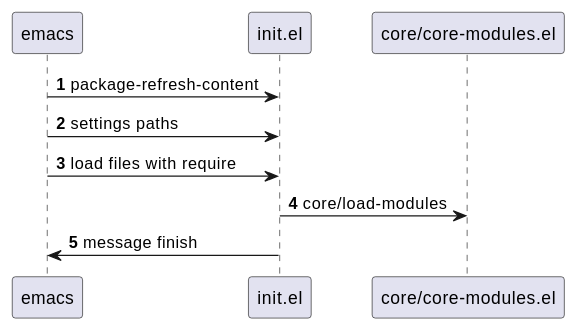
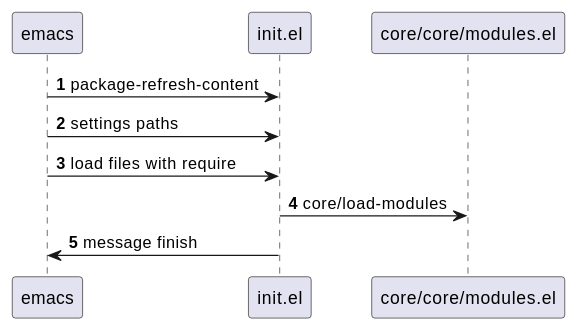
Before and after one commit to luismayta/emacs.d: the diagram in docs/source/architecture/core.rst, drawn with PlantUML. The commit also changed 10 other files, not shown here.

```diff
--- a/docs/source/architecture/core.rst
+++ b/docs/source/architecture/core.rst
@@ -7,8 +7,8 @@
 .. uml::
 
     autonumber
     emacs -> init.el : package-refresh-content
     emacs -> init.el : settings paths
     emacs -> init.el : load files with require
-    init.el -> "core/core-modules.el" : core/load-modules
+    init.el -> "core/core/modules.el" : core/load-modules
     init.el -> emacs : message finish
```
